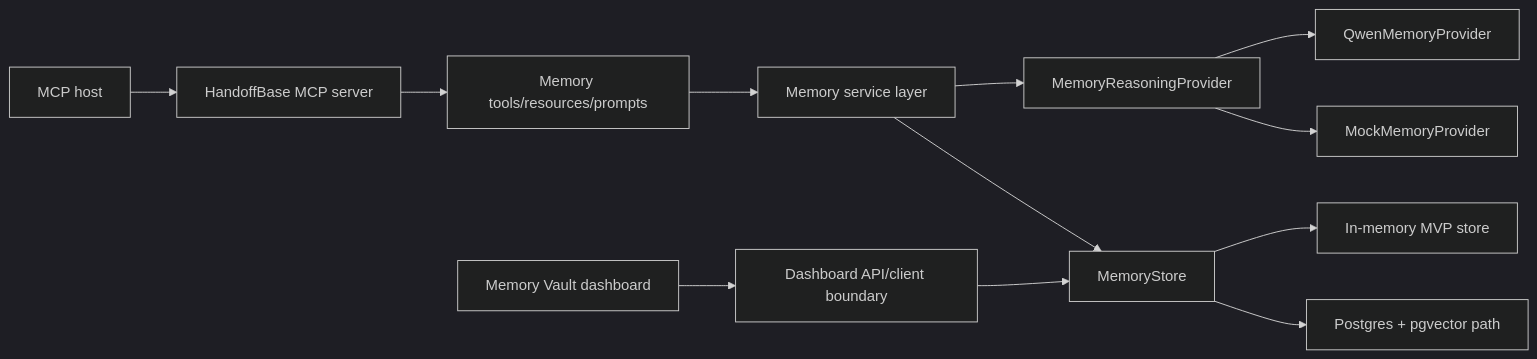
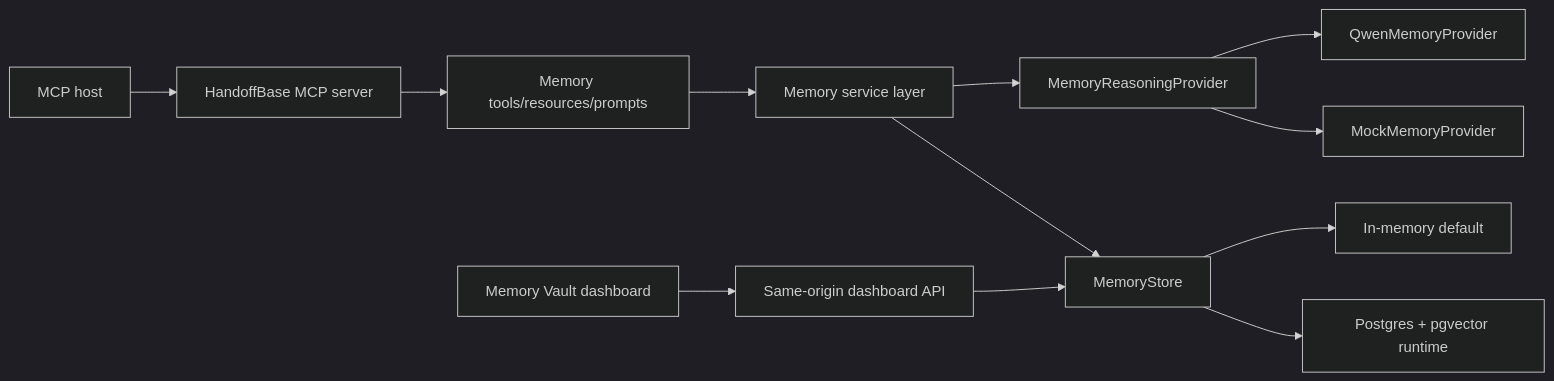
The diagram in README.md (jensonChow/handoffbase), drawn with Mermaid (dark theme) before and after one commit. The commit also changed other lines of this file and 55 other files, not shown here.

````diff
--- a/README.md
+++ b/README.md
@@ -284,14 +330,14 @@
 ```mermaid
 flowchart LR
   Host["MCP host"] --> Server["HandoffBase MCP server"]
   Server --> Tools["Memory tools/resources/prompts"]
   Tools --> Service["Memory service layer"]
   Service --> Provider["MemoryReasoningProvider"]
   Provider --> Qwen["QwenMemoryProvider"]
   Provider --> Mock["MockMemoryProvider"]
   Service --> Store["MemoryStore"]
-  Store --> Memory["In-memory MVP store"]
-  Store --> Postgres["Postgres + pgvector path"]
-  Dashboard["Memory Vault dashboard"] --> API["Dashboard API/client boundary"]
+  Store --> Memory["In-memory default"]
+  Store --> Postgres["Postgres + pgvector runtime"]
+  Dashboard["Memory Vault dashboard"] --> API["Same-origin dashboard API"]
   API --> Store
 ```
````
